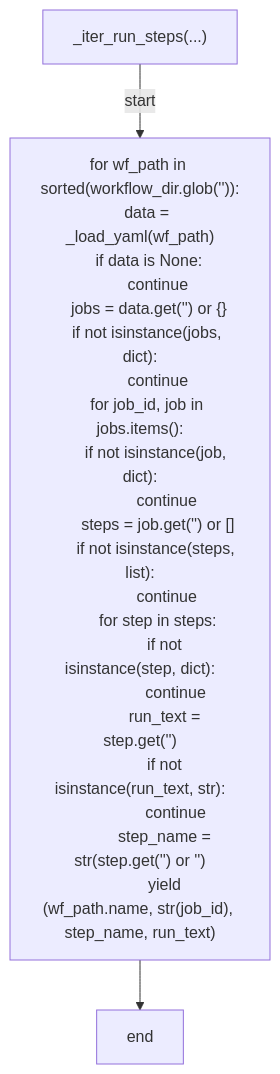
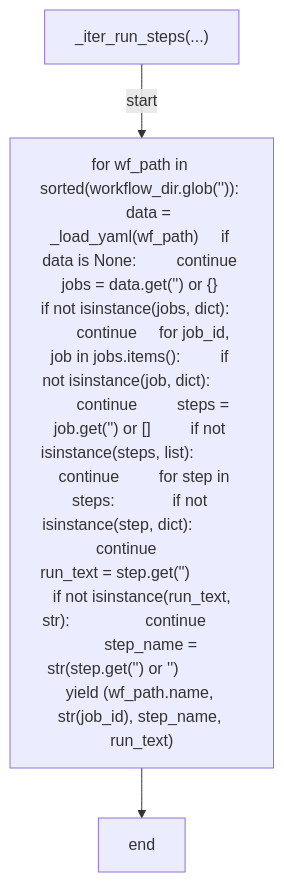
The second of 6 diagrams in docs/generated/scripts/ast/scan_workflow_gh_calls.md (tvna/claude-md), drawn with Mermaid before and after one commit. The commit also changed other lines of this file and 23 other files, not shown here.

First line of the commit message:
docs(generated): regenerate decision tree and workflow diagrams (batch 4/5)

````diff
--- a/docs/generated/scripts/ast/scan_workflow_gh_calls.md
+++ b/docs/generated/scripts/ast/scan_workflow_gh_calls.md
@@ -24,28 +24,8 @@
 ```mermaid
 flowchart TD
     N001["_iter_run_steps(...)"]
-    N002["for wf_path in sorted(workflow_dir.glob('<str>')):
-    data = _load_yaml(wf_path)
-    if data is None:
-        continue
-    jobs = data.get('<str>') or {}
-    if not isinstance(jobs, dict):
-        continue
-    for job_id, job in jobs.items():
-        if not isinstance(job, dict):
-            continue
-        steps = job.get('<str>') or []
-        if not isinstance(steps, list):
-            continue
-        for step in steps:
-            if not isinstance(step, dict):
-                continue
-            run_text = step.get('<str>')
-            if not isinstance(run_text, str):
-                continue
-            step_name = str(step.get('<str>') or '<str>')
-            yield (wf_path.name, str(job_id), step_name, run_text)"]
+    N002["for wf_path in sorted(workflow_dir.glob('<str>')):     data = _load_yaml(wf_path)     if data is None:         continue     jobs = data.get('<str>') or {}     if not isinstance(jobs, dict):         continue     for job_id, job in jobs.items():         if not isinstance(job, dict):             continue         steps = job.get('<str>') or []         if not isinstance(steps, list):             continue         for step in steps:             if not isinstance(step, dict):                 continue             run_text = step.get('<str>')             if not isinstance(run_text, str):                 continue             step_name = str(step.get('<str>') or '<str>')             yield (wf_path.name, str(job_id), step_name, run_text)"]
     N003["end"]
     N001 -->|"start"| N002
     N002 --> N003
 ```
````
